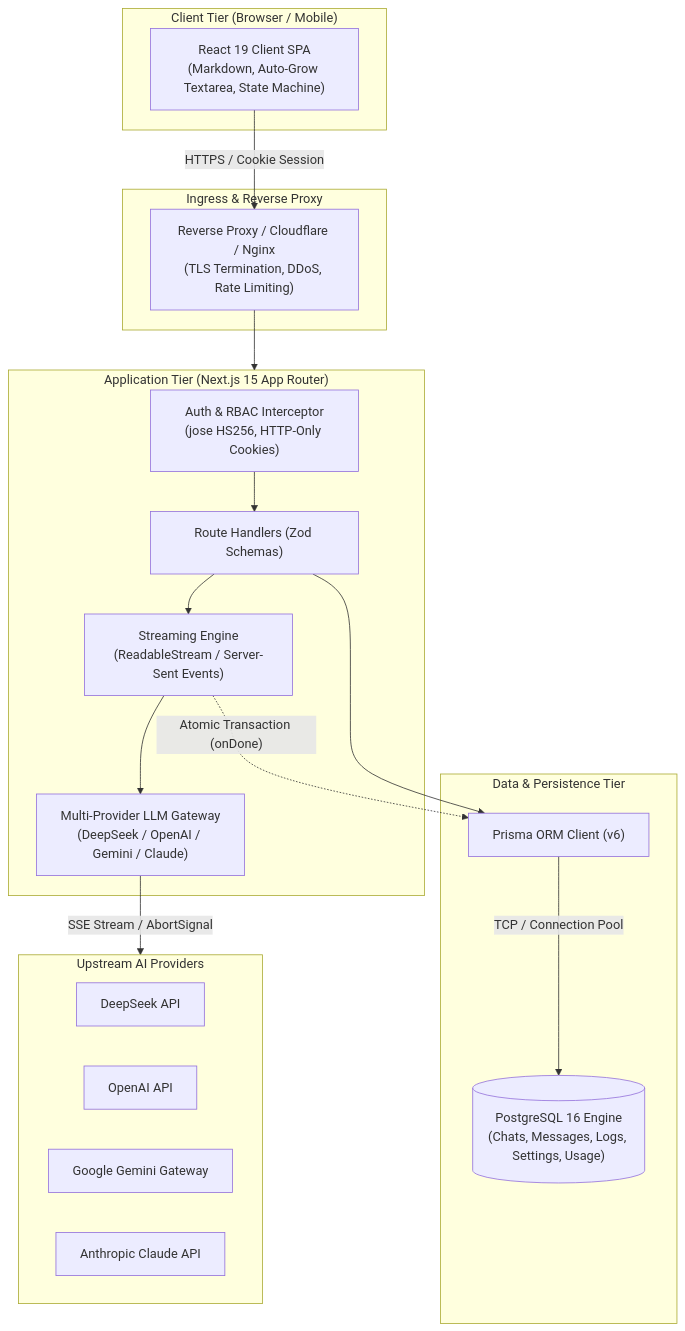
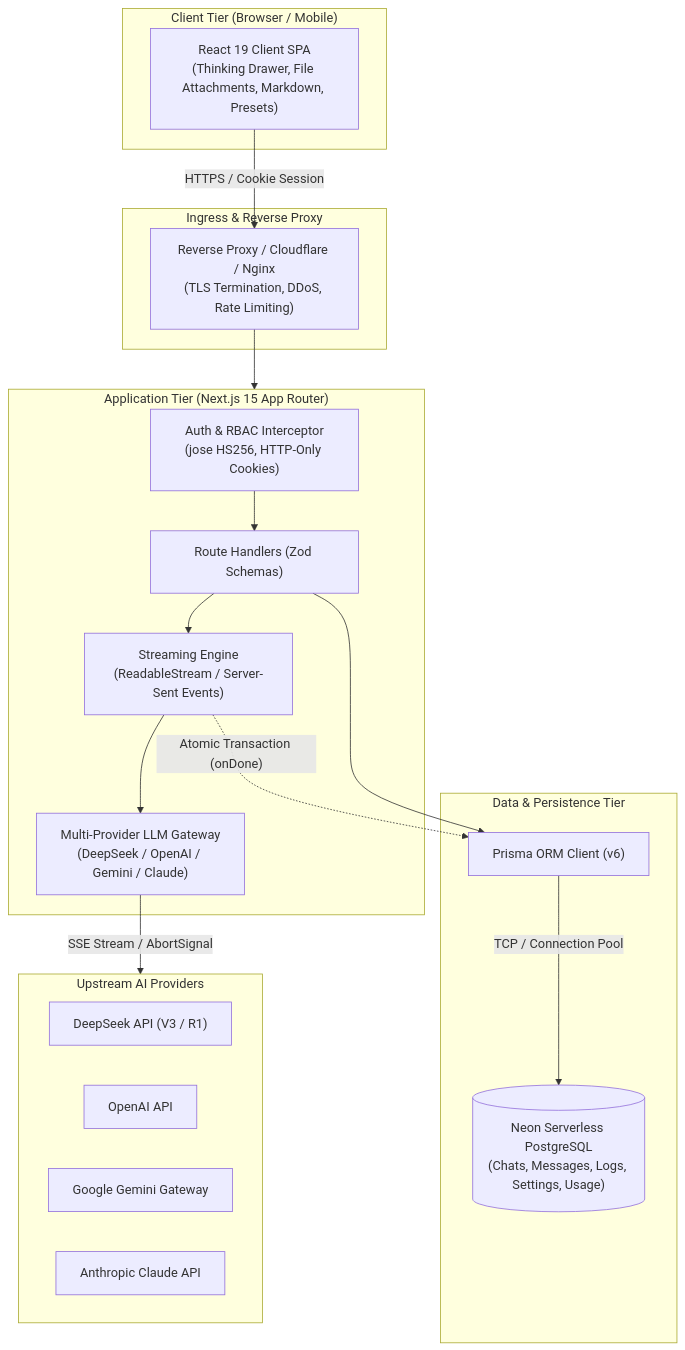
One commit to satetapongsa/Zyntra changed the diagram in README.md. Above: the diagram before and after it, drawn with Mermaid. The commit also changed other lines of this file, not shown here.

Commit message:
docs: overhaul README with full enterprise features, Neon DB setup, thinking drawer, and document attachments

````diff
--- a/README.md
+++ b/README.md
@@ -62,39 +79,39 @@
 ```mermaid
 graph TB
     subgraph Client_Layer ["Client Tier (Browser / Mobile)"]
-        UI["React 19 Client SPA<br/>(Markdown, Auto-Grow Textarea, State Machine)"]
+        UI["React 19 Client SPA<br/>(Thinking Drawer, File Attachments, Markdown, Presets)"]
     end
 
     subgraph Ingress_Layer ["Ingress & Reverse Proxy"]
         RP["Reverse Proxy / Cloudflare / Nginx<br/>(TLS Termination, DDoS, Rate Limiting)"]
     end
 
     subgraph Application_Tier ["Application Tier (Next.js 15 App Router)"]
         AuthMiddleware["Auth & RBAC Interceptor<br/>(jose HS256, HTTP-Only Cookies)"]
         APIRoutes["Route Handlers (Zod Schemas)"]
         StreamEngine["Streaming Engine<br/>(ReadableStream / Server-Sent Events)"]
         ProviderAdapter["Multi-Provider LLM Gateway<br/>(DeepSeek / OpenAI / Gemini / Claude)"]
     end
 
     subgraph Data_Tier ["Data & Persistence Tier"]
         PrismaORM["Prisma ORM Client (v6)"]
-        PostgresDB[("PostgreSQL 16 Engine<br/>(Chats, Messages, Logs, Settings, Usage)")]
+        PostgresDB[("Neon Serverless PostgreSQL<br/>(Chats, Messages, Logs, Settings, Usage)")]
     end
 
     subgraph External_Cloud ["Upstream AI Providers"]
-        DeepSeek["DeepSeek API"]
+        DeepSeek["DeepSeek API (V3 / R1)"]
         OpenAI["OpenAI API"]
         Gemini["Google Gemini Gateway"]
         Anthropic["Anthropic Claude API"]
     end
 
     UI -->|"HTTPS / Cookie Session"| RP
     RP --> Application_Tier
     AuthMiddleware --> APIRoutes
     APIRoutes --> StreamEngine
     StreamEngine --> ProviderAdapter
     ProviderAdapter -->|"SSE Stream / AbortSignal"| External_Cloud
     APIRoutes --> PrismaORM
     StreamEngine -.->|"Atomic Transaction (onDone)"| PrismaORM
     PrismaORM -->|"TCP / Connection Pool"| PostgresDB
 ```
````
